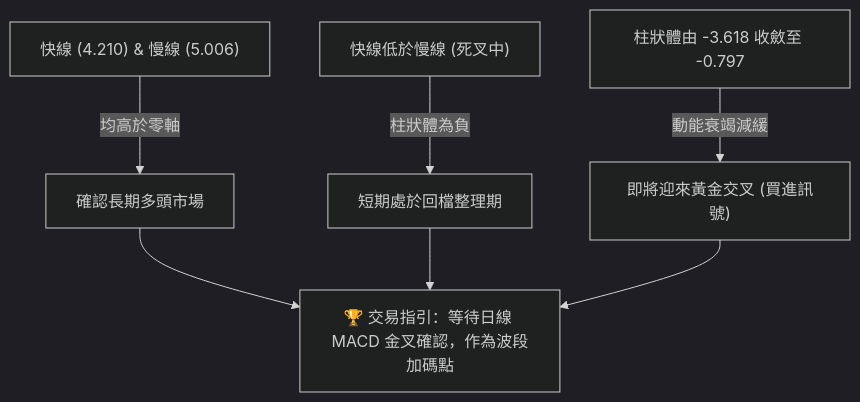
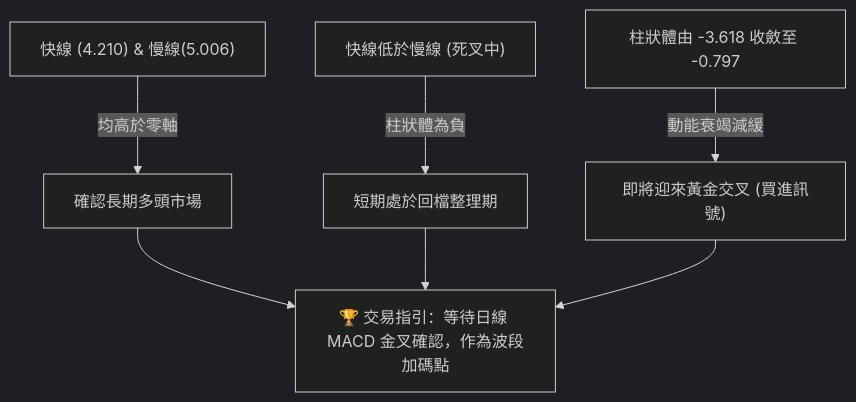
One commit to yennanliu/finance_data changed the eighth of 10 diagrams in ai_gen_report/stock/intc/technical_analysis_2026-06-16_gemini.md. Above: the diagram before and after it, drawn with Mermaid (dark theme). The commit also changed other lines of this file and 2258 other files, not shown here.

First line of the commit message:
chore: backfill Mermaid syntax repair across existing reports

````diff
--- a/ai_gen_report/stock/intc/technical_analysis_2026-06-16_gemini.md
+++ b/ai_gen_report/stock/intc/technical_analysis_2026-06-16_gemini.md
@@ -376,9 +376,9 @@
 ```mermaid
 graph TD
-    A["快線 (4.210) & 慢線 (5.006)"] -->|均高於零軸| B["確認長期多頭市場"]
-    C["快線低於慢線 (死叉中)"] -->|柱狀體為負| D["短期處於回檔整理期"]
-    E["柱狀體由 -3.618 收斂至 -0.797"] -->|動能衰竭減緩| F["即將迎來黃金交叉 (買進訊號)"]
+    A["快線 (4.210) & 慢線(5.006)"] -->|"均高於零軸"| B["確認長期多頭市場"]
+    C["快線低於慢線 (死叉中)"] -->|"柱狀體為負"| D["短期處於回檔整理期"]
+    E["柱狀體由 -3.618 收斂至 -0.797"] -->|"動能衰竭減緩"| F["即將迎來黃金交叉 (買進訊號)"]
     B --> G["🏆 交易指引：等待日線 MACD 金叉確認，作為波段加碼點"]
     D --> G
     F --> G
 ```
````
